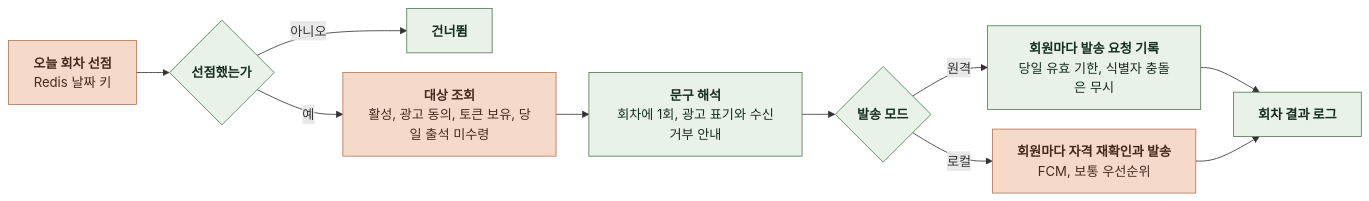
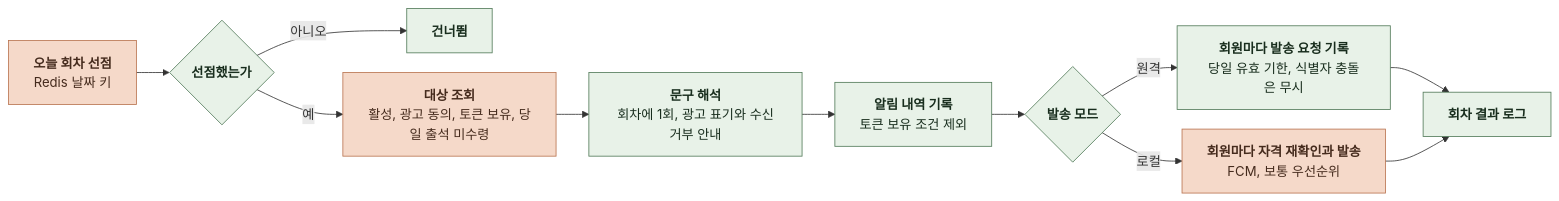
One commit to KIM-N-KANG/knk-harness changed the seventh of 20 diagrams in docs/domain/NOTIFICATION/BACKEND/4-1-PIPELINES.md. Above: the diagram before and after it, drawn with Mermaid. The commit also changed other lines of this file and 128 other files, not shown here.

````diff
--- a/docs/domain/NOTIFICATION/BACKEND/4-1-PIPELINES.md
+++ b/docs/domain/NOTIFICATION/BACKEND/4-1-PIPELINES.md
@@ -194,22 +204,24 @@
 ```mermaid
 %%{init: {"flowchart": {"curve": "basis", "nodeSpacing": 24, "rankSpacing": 40}}}%%
 flowchart LR
     A["`**오늘 회차 선점**
 Redis 날짜 키`"] --> B{"`**선점했는가**`"}
     B -->|아니오| X["`**건너뜀**`"]
     B -->|예| C["`**대상 조회**
 활성, 광고 동의, 토큰 보유, 당일 출석 미수령`"]
     C --> D["`**문구 해석**
 회차에 1회, 광고 표기와 수신거부 안내`"]
-    D --> E{"`**발송 모드**`"}
+    D --> N["`**알림 내역 기록**
+토큰 보유 조건 제외`"]
+    N --> E{"`**발송 모드**`"}
     E -->|원격| F["`**회원마다 발송 요청 기록**
 당일 유효 기한, 식별자 충돌은 무시`"]
     E -->|로컬| H["`**회원마다 자격 재확인과 발송**
 FCM, 보통 우선순위`"]
     F --> G["`**회차 결과 로그**`"]
     H --> G
     classDef comp fill:#E8F2E8,stroke:#527A59,color:#182D1D
     classDef task fill:#F5D9C9,stroke:#B97450,color:#452B1D
-    class B,D,E,F,G,X comp
+    class B,D,E,F,G,N,X comp
     class A,C,H task
 ```
````
